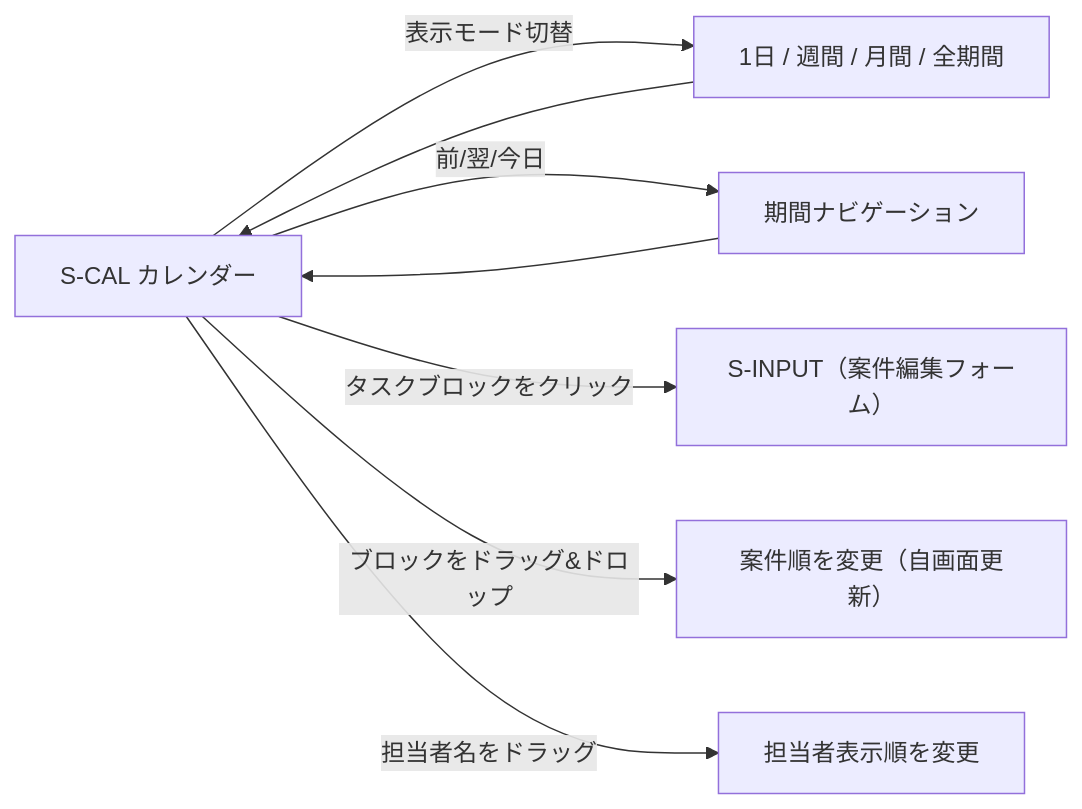
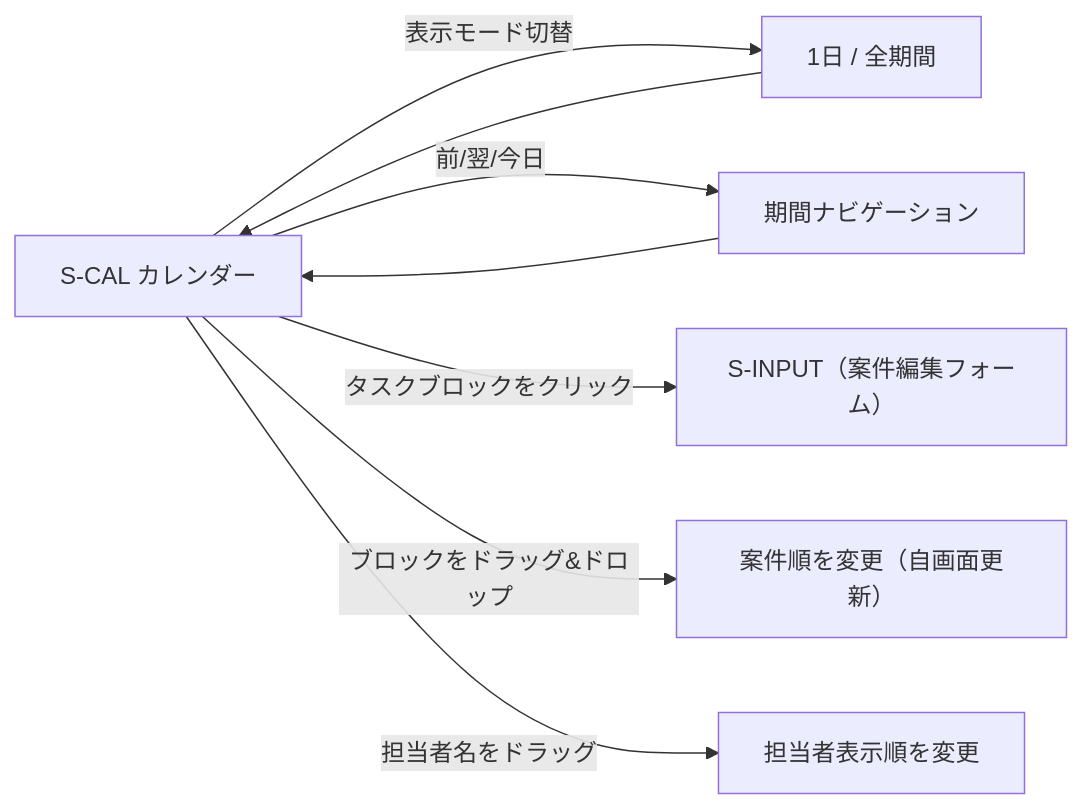
Before and after one commit to NAKAMUAR/koutei-zu: the fourth of 6 diagrams in docs/05_画面遷移図.md, drawn with Mermaid. The commit also changed 4 other files, not shown here.

````diff
--- a/docs/05_画面遷移図.md
+++ b/docs/05_画面遷移図.md
@@ -153,11 +153,11 @@
 ```mermaid
 flowchart LR
     CAL["S-CAL カレンダー"]
-    CAL -->|"表示モード切替"| MODE["1日 / 週間 / 月間 / 全期間"]
+    CAL -->|"表示モード切替"| MODE["1日 / 全期間"]
     MODE --> CAL
     CAL -->|"前/翌/今日"| NAV["期間ナビゲーション"]
     NAV --> CAL
     CAL -->|"タスクブロックをクリック"| EDIT["S-INPUT（案件編集フォーム）"]
     CAL -->|"ブロックをドラッグ&ドロップ"| REORDER["案件順を変更（自画面更新）"]
     CAL -->|"担当者名をドラッグ"| ROWREORDER["担当者表示順を変更"]
 ```
````
